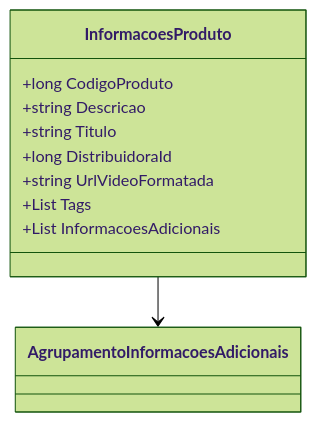
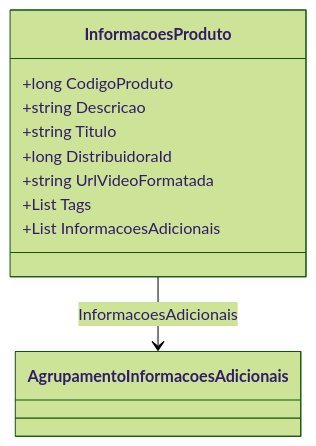
One commit to IsthmusSistemas/documentacao-tecnica changed the diagram in docs/b2b-dominio/IsthmusWinthor.Nucleo/IsthmusWinthor.Dominio/POCO/Produtos/InformacoesProduto.md. Above: the diagram before and after it, drawn with Mermaid (forest theme). The commit also changed other lines of this file and 882 other files, not shown here.

````diff
--- a/docs/b2b-dominio/IsthmusWinthor.Nucleo/IsthmusWinthor.Dominio/POCO/Produtos/InformacoesProduto.md
+++ b/docs/b2b-dominio/IsthmusWinthor.Nucleo/IsthmusWinthor.Dominio/POCO/Produtos/InformacoesProduto.md
@@ -21,15 +25,15 @@
 ```mermaid
 classDiagram
     class InformacoesProduto {
         +long CodigoProduto
         +string Descricao
         +string Titulo
         +long DistribuidoraId
         +string UrlVideoFormatada
         +List<string> Tags
         +List<AgrupamentoInformacoesAdicionais> InformacoesAdicionais
     }
-    class AgrupamentoInformacoesAdicionais {
-    }
-    InformacoesProduto --> AgrupamentoInformacoesAdicionais
+    class AgrupamentoInformacoesAdicionais 
+
+    InformacoesProduto --> AgrupamentoInformacoesAdicionais : InformacoesAdicionais
 ```
````
